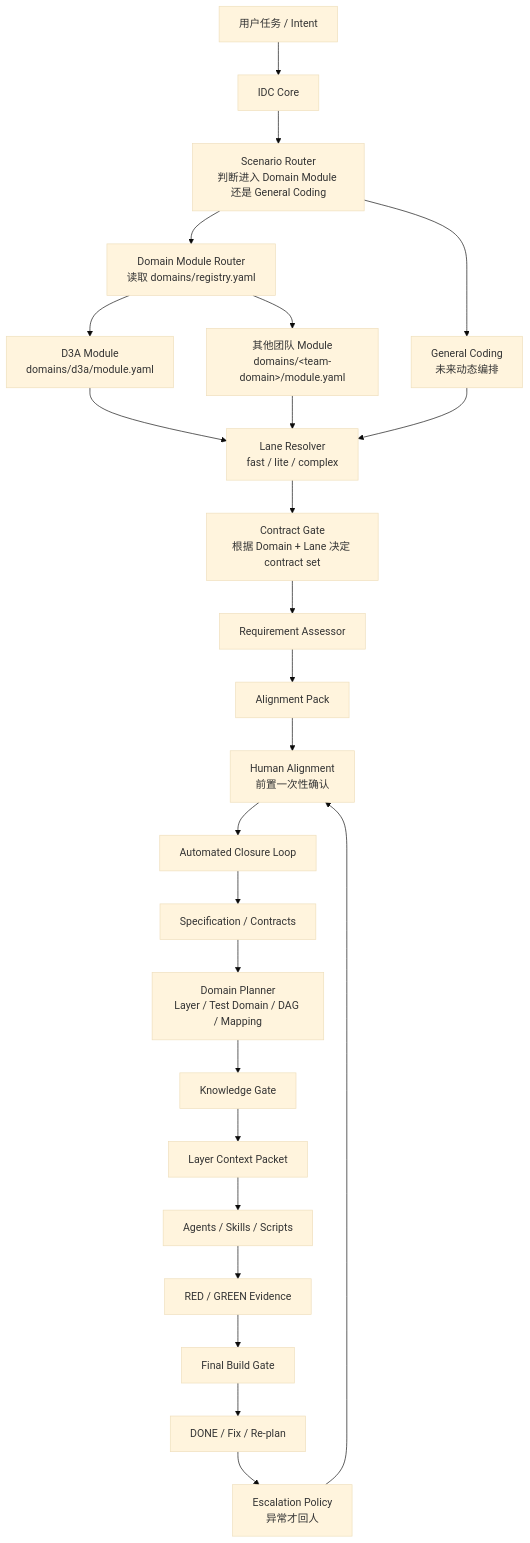
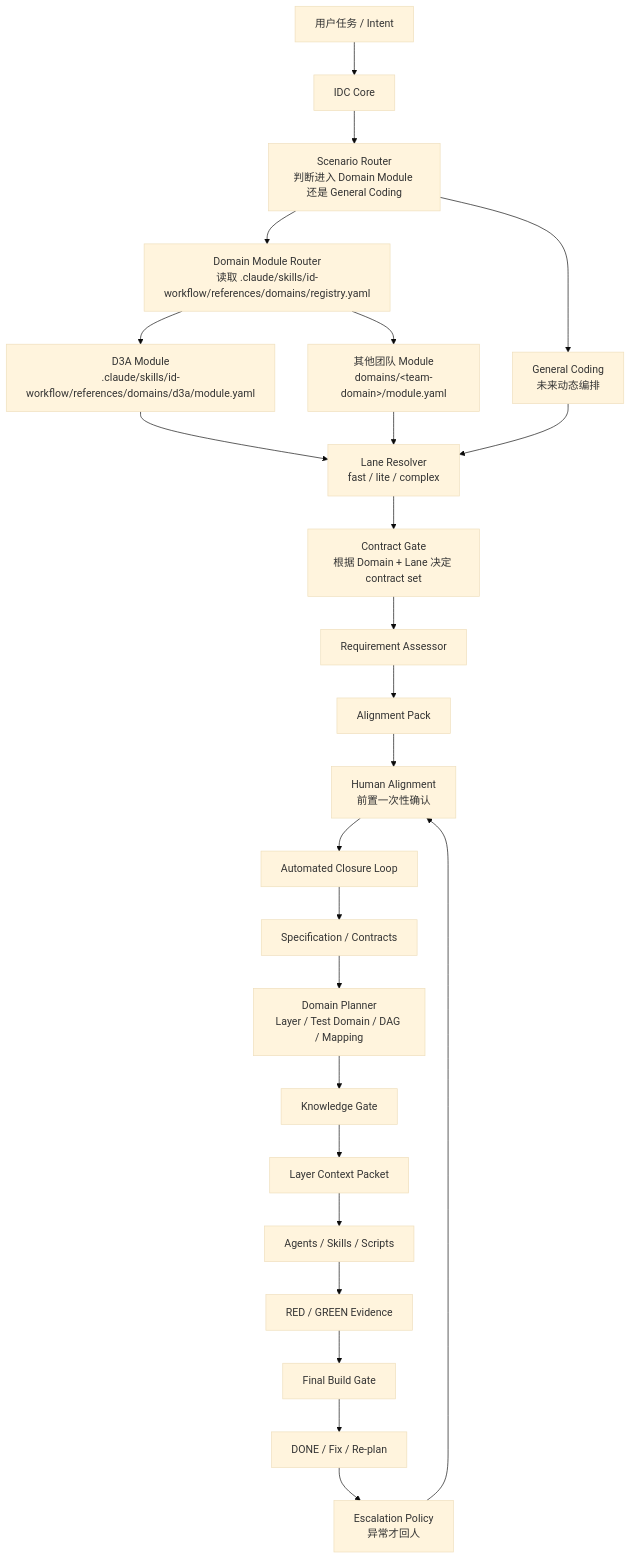
Before and after one commit to kangkangkim/IntentDynamicSOP: the first of 3 diagrams in docs/architecture-diagram.md, drawn with Mermaid (base theme). The commit also changed other lines of this file and 116 other files, not shown here.

````diff
--- a/docs/architecture-diagram.md
+++ b/docs/architecture-diagram.md
@@ -5,31 +5,31 @@
 ```mermaid
 flowchart TD
     A["用户任务 / Intent"] --> B["IDC Core"]
 
     B --> C["Scenario Router<br/>判断进入 Domain Module 还是 General Coding"]
-    C --> D["Domain Module Router<br/>读取 domains/registry.yaml"]
+    C --> D["Domain Module Router<br/>读取 .claude/skills/id-workflow/references/domains/registry.yaml"]
     C --> G["General Coding<br/>未来动态编排"]
 
-    D --> E["D3A Module<br/>domains/d3a/module.yaml"]
+    D --> E["D3A Module<br/>.claude/skills/id-workflow/references/domains/d3a/module.yaml"]
     D --> F["其他团队 Module<br/>domains/&lt;team-domain&gt;/module.yaml"]
 
     E --> H["Lane Resolver<br/>fast / lite / complex"]
     F --> H
     G --> H
 
     H --> C0["Contract Gate<br/>根据 Domain + Lane 决定 contract set"]
     C0 --> I["Requirement Assessor"]
     I --> A0["Alignment Pack"]
     A0 --> A1["Human Alignment<br/>前置一次性确认"]
     A1 --> J["Automated Closure Loop"]
     J --> K["Specification / Contracts"]
     K --> L["Domain Planner<br/>Layer / Test Domain / DAG / Mapping"]
     L --> M["Knowledge Gate"]
     M --> N["Layer Context Packet"]
     N --> O["Agents / Skills / Scripts"]
     O --> P["RED / GREEN Evidence"]
     P --> Q["Final Build Gate"]
     Q --> R["DONE / Fix / Re-plan"]
     R --> S["Escalation Policy<br/>异常才回人"]
     S --> A1
 ```
````
